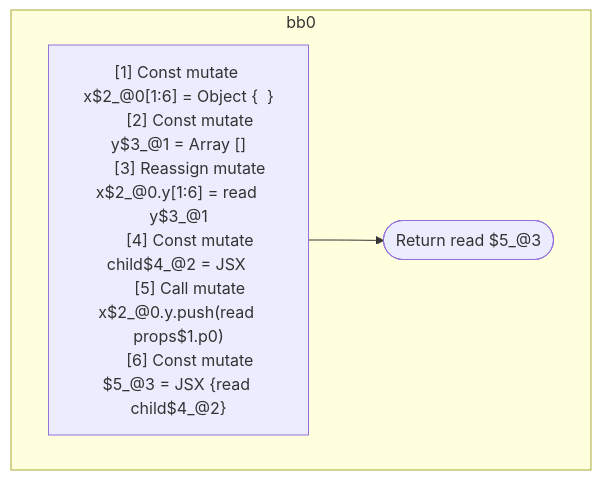
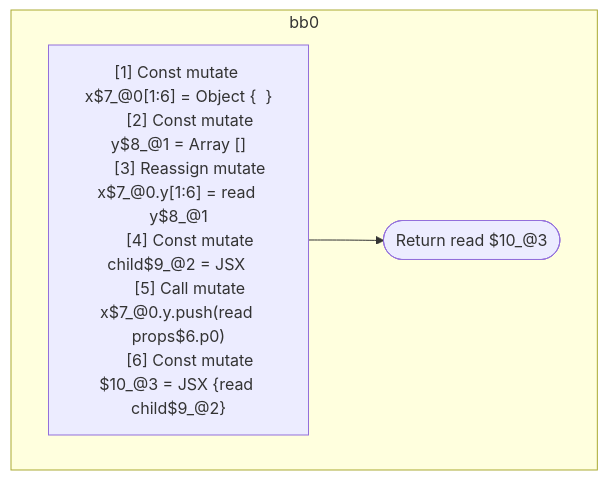
Before and after one commit to wutsmog/private: the diagram in compiler/forget/src/__tests__/fixtures/hir/property-assignment.expect.md, drawn with Mermaid. The commit also changed other lines of this file and 59 other files, not shown here.

````diff
--- a/compiler/forget/src/__tests__/fixtures/hir/property-assignment.expect.md
+++ b/compiler/forget/src/__tests__/fixtures/hir/property-assignment.expect.md
@@ -31,18 +31,18 @@
 ```mermaid
 flowchart TB
   %% Basic Blocks
   subgraph bb0
     bb0_instrs["
-      [1] Const mutate x$2_@0[1:6] = Object {  }
-      [2] Const mutate y$3_@1 = Array []
-      [3] Reassign mutate x$2_@0.y[1:6] = read y$3_@1
-      [4] Const mutate child$4_@2 = JSX <read Component$0 data={freeze y$3_@1} ></read Component$0>
-      [5] Call mutate x$2_@0.y.push(read props$1.p0)
-      [6] Const mutate $5_@3 = JSX <read Component$0 data={freeze x$2_@0} >{read child$4_@2}</read Component$0>
+      [1] Const mutate x$7_@0[1:6] = Object {  }
+      [2] Const mutate y$8_@1 = Array []
+      [3] Reassign mutate x$7_@0.y[1:6] = read y$8_@1
+      [4] Const mutate child$9_@2 = JSX <read Component$0 data={freeze y$8_@1} ></read Component$0>
+      [5] Call mutate x$7_@0.y.push(read props$6.p0)
+      [6] Const mutate $10_@3 = JSX <read Component$0 data={freeze x$7_@0} >{read child$9_@2}</read Component$0>
     "]
-    bb0_instrs --> bb0_terminal(["Return read $5_@3"])
+    bb0_instrs --> bb0_terminal(["Return read $10_@3"])
   end
 
   %% Jumps
   %% empty
 ```
````
